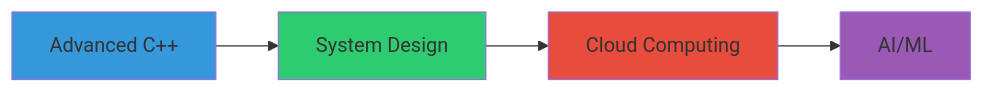
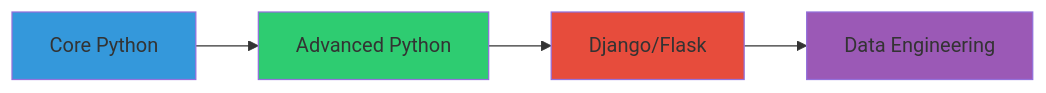
One commit to Nailashehzadi01/Nailashehzadi01 changed the diagram in README.md. Above: the diagram before and after it, drawn with Mermaid. The commit also changed other lines of this file, not shown here.

````diff
--- a/README.md
+++ b/README.md
@@ -70,10 +65,10 @@
 ```mermaid
 graph LR
-    A[Advanced C++] --> B[System Design]
-    B --> C[Cloud Computing]
-    C --> D[AI/ML]
+    A[Core Python] --> B[Advanced Python]
+    B --> C[Django/Flask]
+    C --> D[Data Engineering]
     style A fill:#3498db
     style B fill:#2ecc71
     style C fill:#e74c3c
     style D fill:#9b59b6
 ```
````
